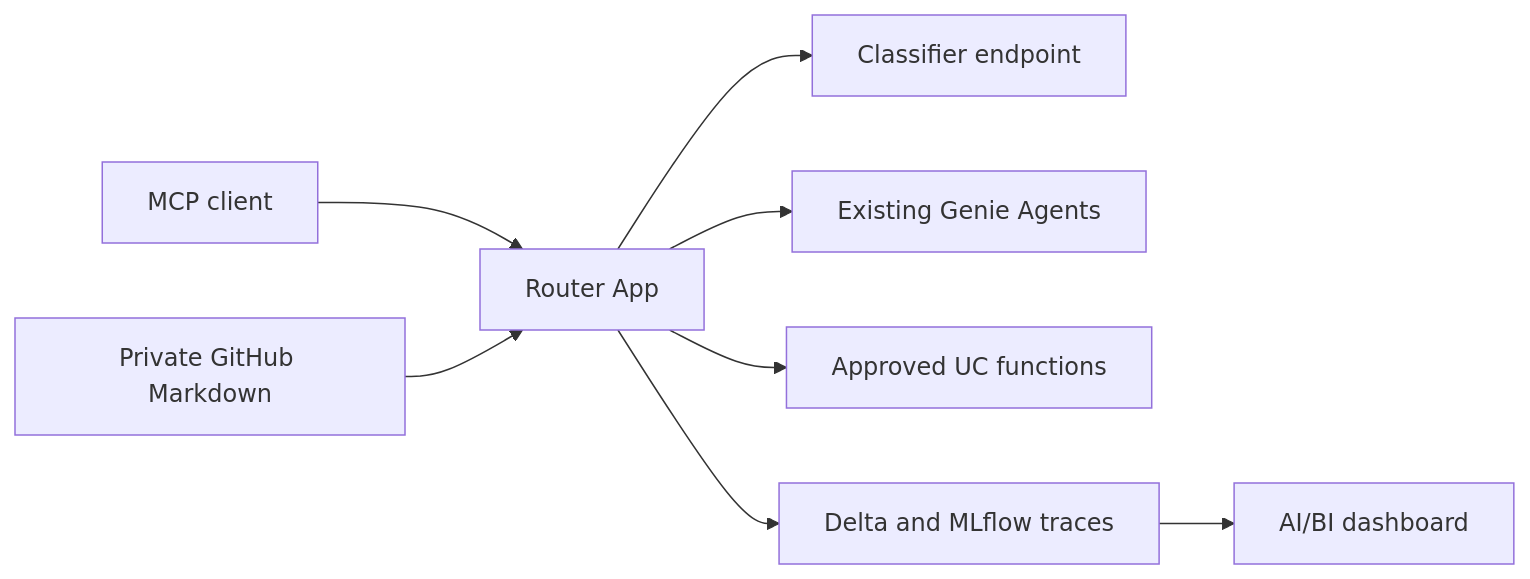
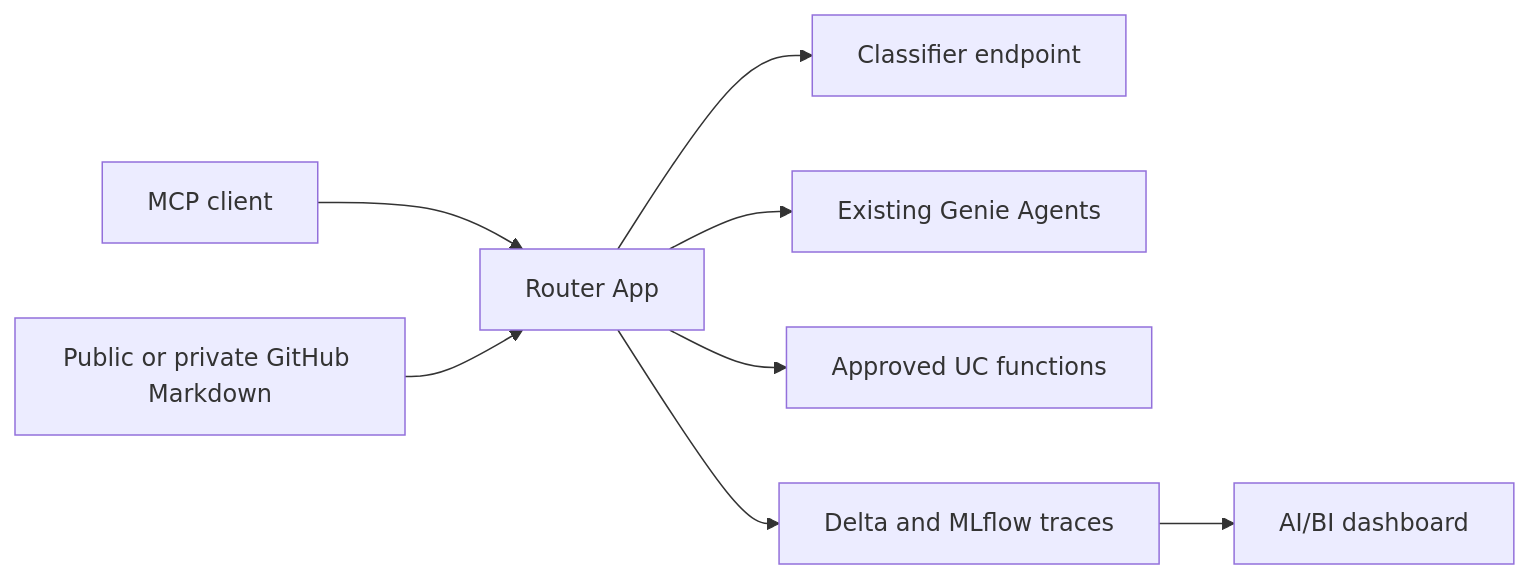
One commit to omriaf/genie-routing-reference changed the diagram in README.md. Above: the diagram before and after it, drawn with Mermaid. The commit also changed other lines of this file and 4 other files, not shown here.

````diff
--- a/README.md
+++ b/README.md
@@ -13,10 +32,10 @@
 ```mermaid
 flowchart LR
   Client[MCP client] --> App[Router App]
-  Git[Private GitHub Markdown] --> App
+  Git[Public or private GitHub Markdown] --> App
   App --> Model[Classifier endpoint]
   App --> Genie[Existing Genie Agents]
   App --> UC[Approved UC functions]
   App --> Traces[Delta and MLflow traces]
   Traces --> Dashboard[AI/BI dashboard]
 ```
````
